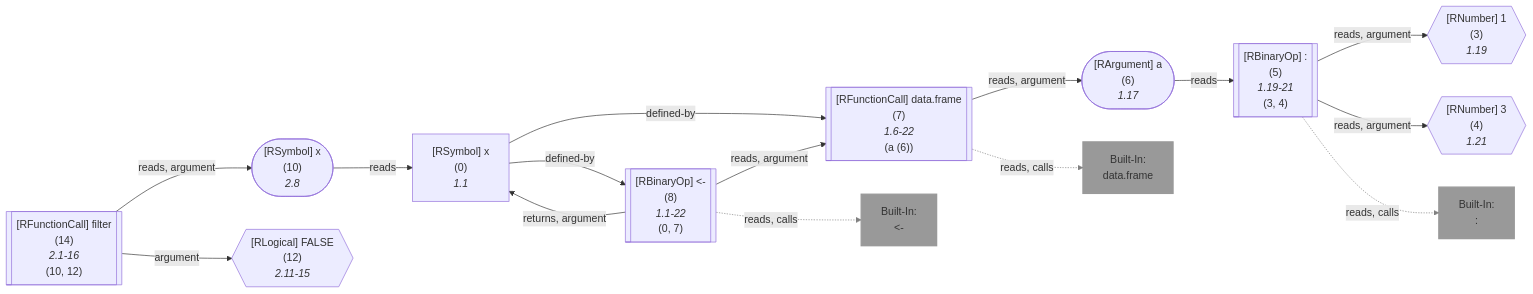
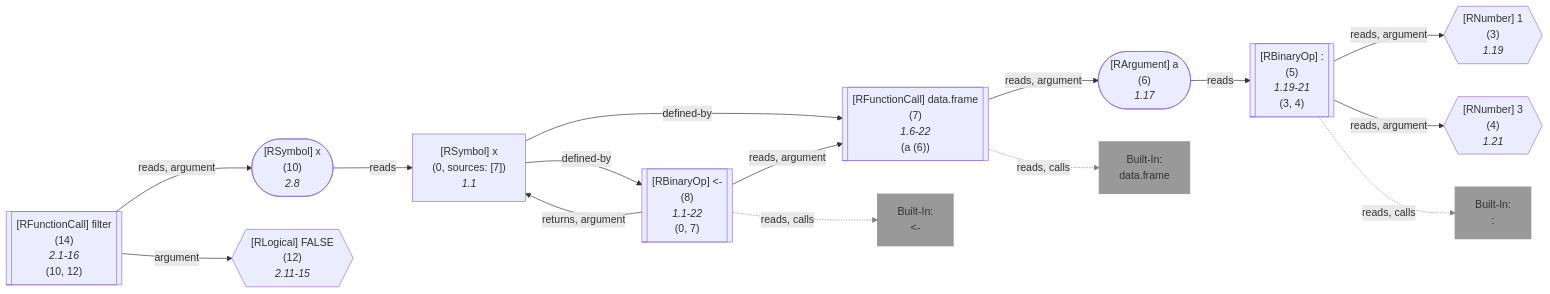
The seventh of 21 diagrams in wiki/Query API.md (flowr-analysis/flowr), drawn with Mermaid before and after one commit. The commit also changed other lines of this file and 90 other files, not shown here.

````diff
--- a/wiki/Query API.md
+++ b/wiki/Query API.md
@@ -3201,70 +3224,70 @@
 ```mermaid
 flowchart LR
     3{{"`#91;RNumber#93; 1
       (3)
       *1.19*`"}}
    %% No edges found for 3
     4{{"`#91;RNumber#93; 3
       (4)
       *1.21*`"}}
    %% No edges found for 4
     5[["`#91;RBinaryOp#93; #58;
       (5)
       *1.19-21*
     (3, 4)`"]]
     built-in::["`Built-In:
 #58;`"]
     style built-in:: stroke:gray,fill:gray,stroke-width:2px,opacity:.8;
     6(["`#91;RArgument#93; a
       (6)
       *1.17*`"])
     7[["`#91;RFunctionCall#93; data.frame
       (7)
       *1.6-22*
     (a (6))`"]]
     built-in:data_frame["`Built-In:
 data.frame`"]
     style built-in:data_frame stroke:gray,fill:gray,stroke-width:2px,opacity:.8;
     0["`#91;RSymbol#93; x
-      (0)
+      (0, sources: [7])
       *1.1*`"]
     8[["`#91;RBinaryOp#93; #60;#45;
       (8)
       *1.1-22*
     (0, 7)`"]]
     built-in:_-["`Built-In:
 #60;#45;`"]
     style built-in:_- stroke:gray,fill:gray,stroke-width:2px,opacity:.8;
     10(["`#91;RSymbol#93; x
       (10)
       *2.8*`"])
     12{{"`#91;RLogical#93; FALSE
       (12)
       *2.11-15*`"}}
    %% No edges found for 12
     %% Environment of 14 [level: 0]:
     %% Built-in
-    %% 615----------------------------------------
+    %% 1142----------------------------------------
     %%   x: {**x** (id: 0, type: Unknown, def. @8)}
     14[["`#91;RFunctionCall#93; filter
       (14)
       *2.1-16*
     (10, 12)`"]]
     5 -->|"reads, argument"| 3
     5 -->|"reads, argument"| 4
     5 -.->|"reads, calls"| built-in::
     linkStyle 2 stroke:gray;
     6 -->|"reads"| 5
     7 -->|"reads, argument"| 6
     7 -.->|"reads, calls"| built-in:data_frame
     linkStyle 5 stroke:gray;
     0 -->|"defined-by"| 7
     0 -->|"defined-by"| 8
     8 -->|"reads, argument"| 7
     8 -->|"returns, argument"| 0
     8 -.->|"reads, calls"| built-in:_-
     linkStyle 10 stroke:gray;
     10 -->|"reads"| 0
     14 -->|"reads, argument"| 10
     14 -->|"argument"| 12
 ```
````
